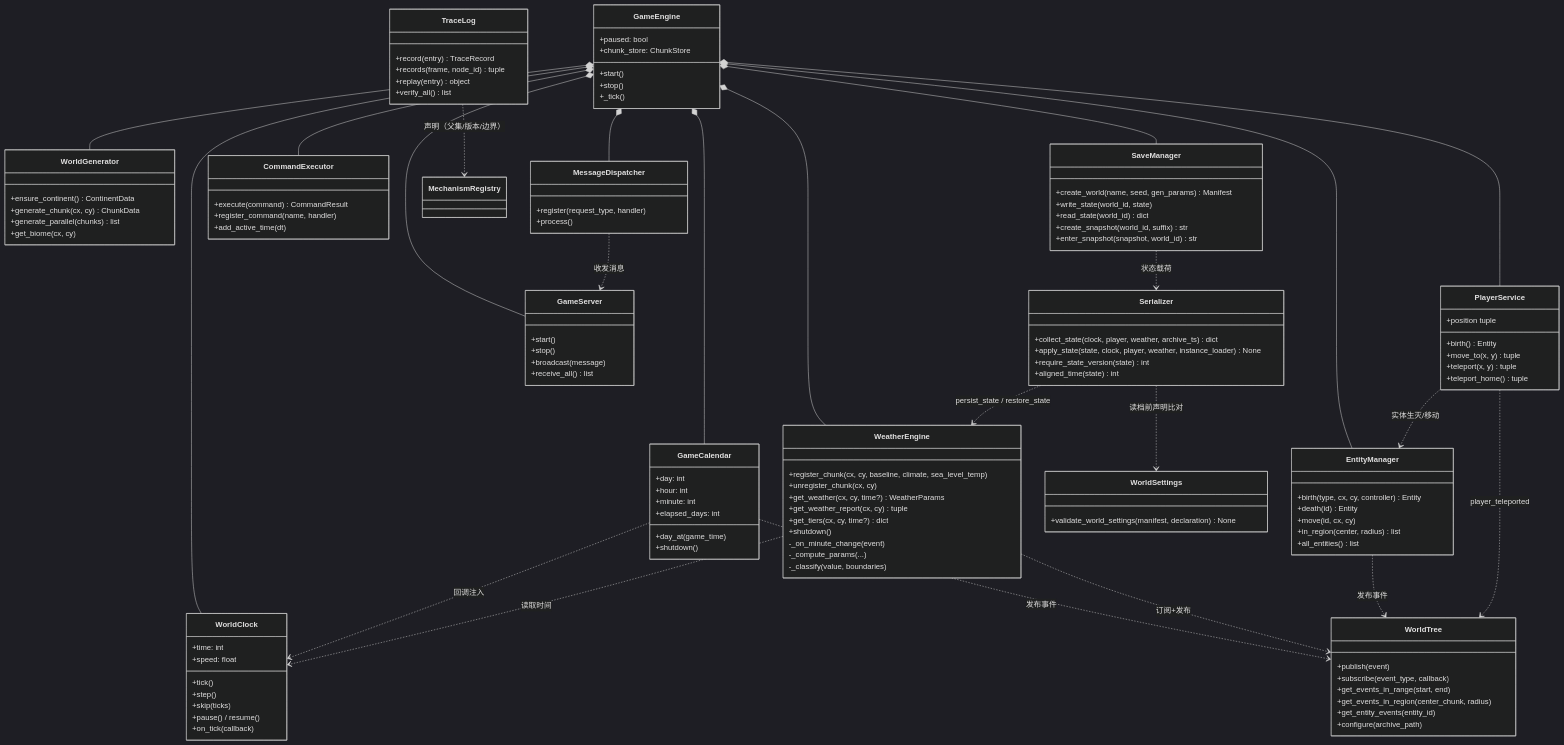
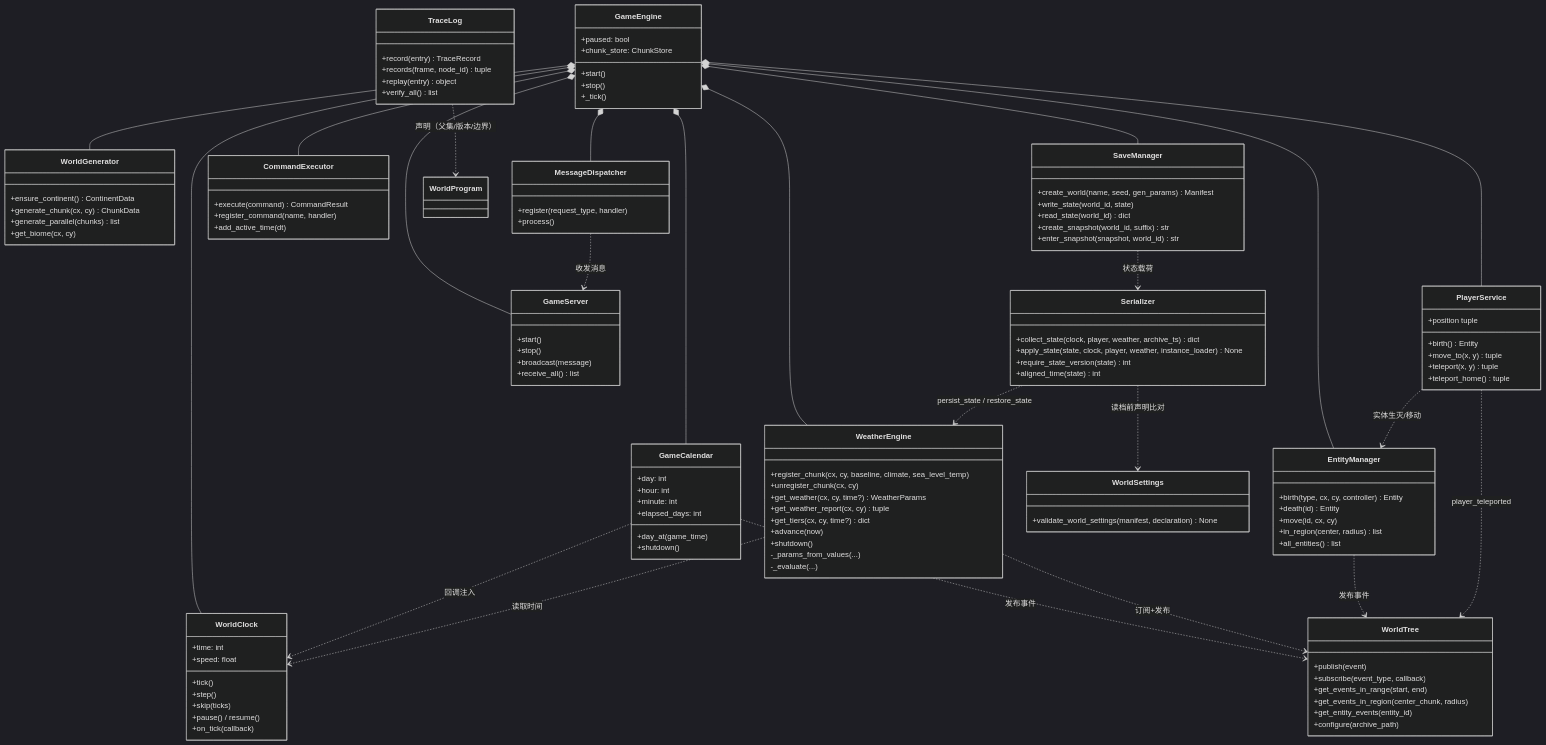
One commit to Jedidiah-Zhang/Ascend changed the sixth of 6 diagrams in docs/diagrams/architecture.md. Above: the diagram before and after it, drawn with Mermaid (dark theme). The commit also changed other lines of this file and 262 other files, not shown here.

```diff
--- a/docs/diagrams/architecture.md
+++ b/docs/diagrams/architecture.md
@@ -248,10 +248,10 @@
         +get_weather(cx, cy, time?) WeatherParams
         +get_weather_report(cx, cy) tuple
         +get_tiers(cx, cy, time?) dict
+        +advance(now)
         +shutdown()
-        -_on_minute_change(event)
-        -_compute_params(...)
-        -_classify(value, boundaries)
+        -_params_from_values(...)
+        -_evaluate(...)
     }
 
     class EntityManager {
@@ -333,7 +333,7 @@
     PlayerService ..> EntityManager : 实体生灭/移动
     PlayerService ..> WorldTree : player_teleported
     MessageDispatcher ..> GameServer : 收发消息
-    TraceLog ..> MechanismRegistry : 声明（父集/版本/边界）
+    TraceLog ..> WorldProgram : 声明（父集/版本/边界）
     SaveManager ..> Serializer : 状态载荷
     Serializer ..> WeatherEngine : persist_state / restore_state
     Serializer ..> WorldSettings : 读档前声明比对
```
